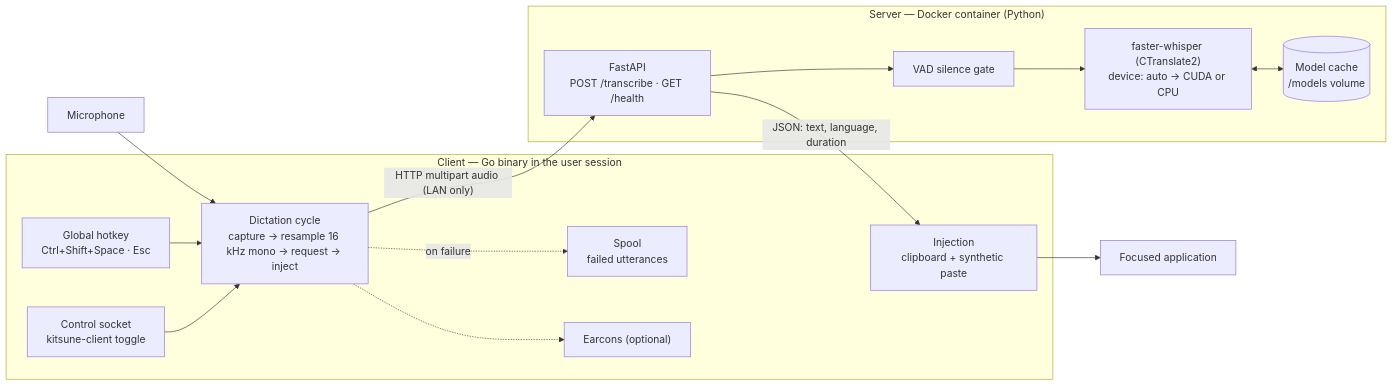
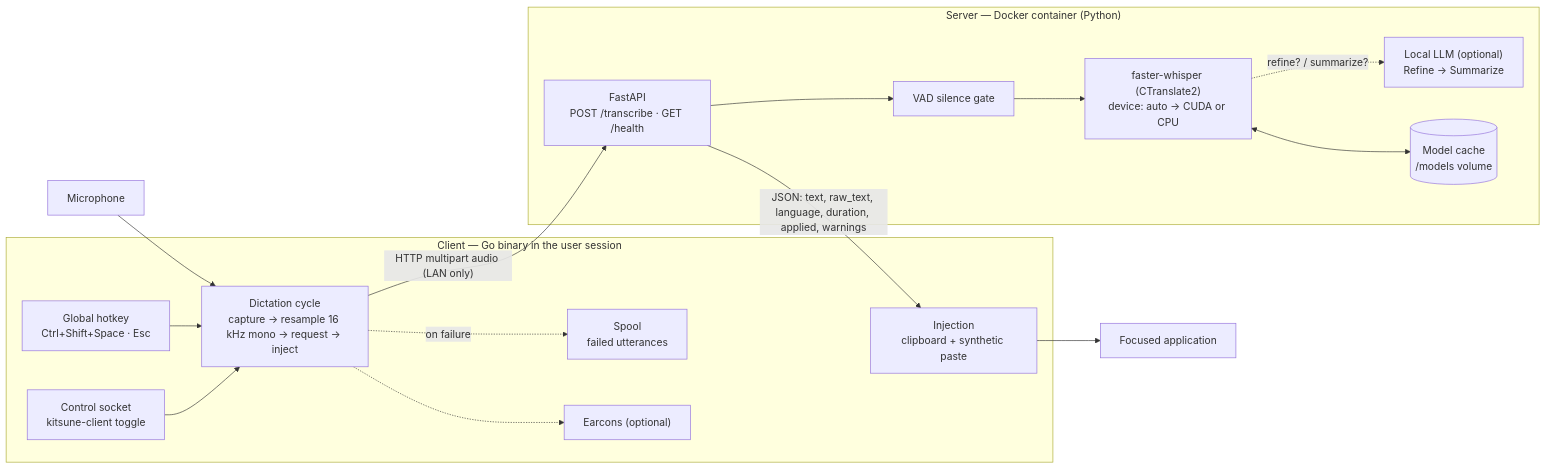
One commit to FoxRed-cmd/kitsune-whisper changed the first of 2 diagrams in README.md. Above: the diagram before and after it, drawn with Mermaid. The commit also changed other lines of this file and 23 other files, not shown here.

First line of the commit message:
Add optional local-LLM post-processing (Refine/Summarize) (#32)

````diff
--- a/README.md
+++ b/README.md
@@ -33,32 +42,34 @@
 ```mermaid
 flowchart LR
     subgraph client["Client — Go binary in the user session"]
         hotkey["Global hotkey<br/>Ctrl+Shift+Space · Esc"]
         ctl["Control socket<br/>kitsune-client toggle"]
         cycle["Dictation cycle<br/>capture → resample 16 kHz mono → request → inject"]
         inject["Injection<br/>clipboard + synthetic paste"]
         spool["Spool<br/>failed utterances"]
         earcon["Earcons (optional)"]
     end
 
     mic["Microphone"]
     app["Focused application"]
 
     subgraph server["Server — Docker container (Python)"]
         api["FastAPI<br/>POST /transcribe · GET /health"]
         vad["VAD silence gate"]
         engine["faster-whisper (CTranslate2)<br/>device: auto → CUDA or CPU"]
+        proc["Local LLM (optional)<br/>Refine → Summarize"]
         models[("Model cache<br/>/models volume")]
     end
 
     mic --> cycle
     hotkey --> cycle
     ctl --> cycle
     cycle -->|"HTTP multipart audio (LAN only)"| api
     api --> vad --> engine
     engine <--> models
-    api -->|"JSON: text, language, duration"| inject
+    engine -.->|"refine? / summarize?"| proc
+    api -->|"JSON: text, raw_text, language, duration, applied, warnings"| inject
     inject --> app
     cycle -.->|on failure| spool
     cycle -.-> earcon
 ```
````
